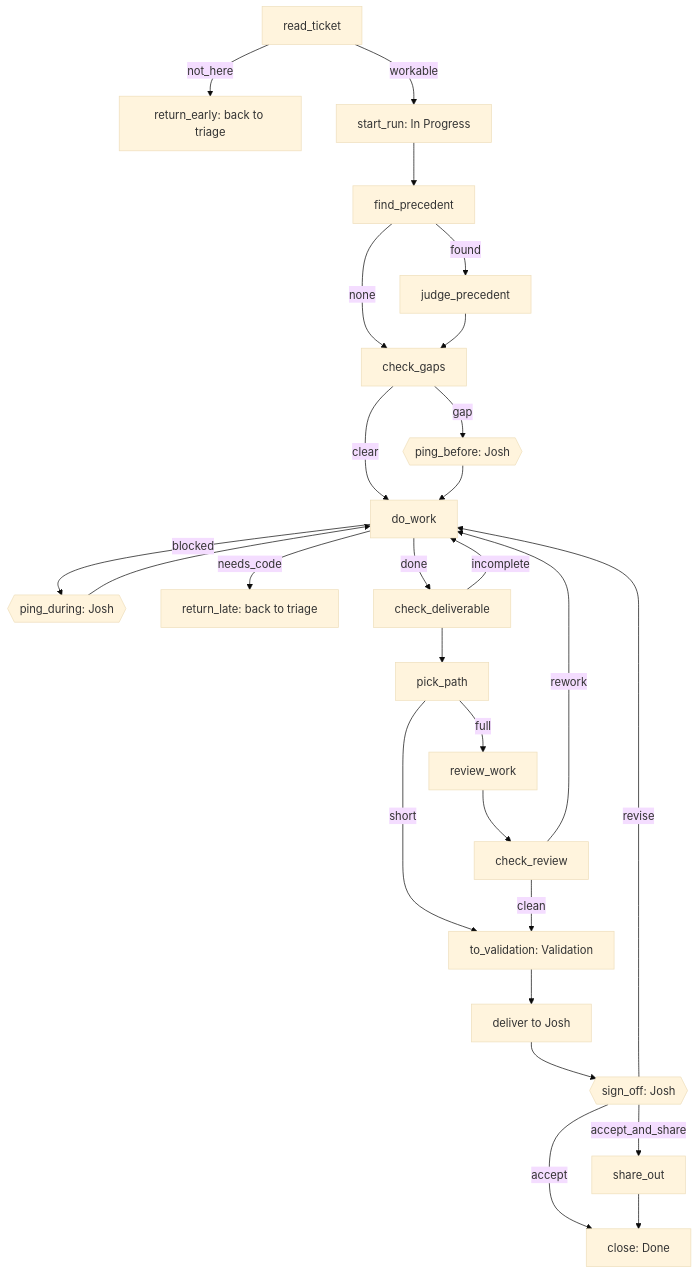
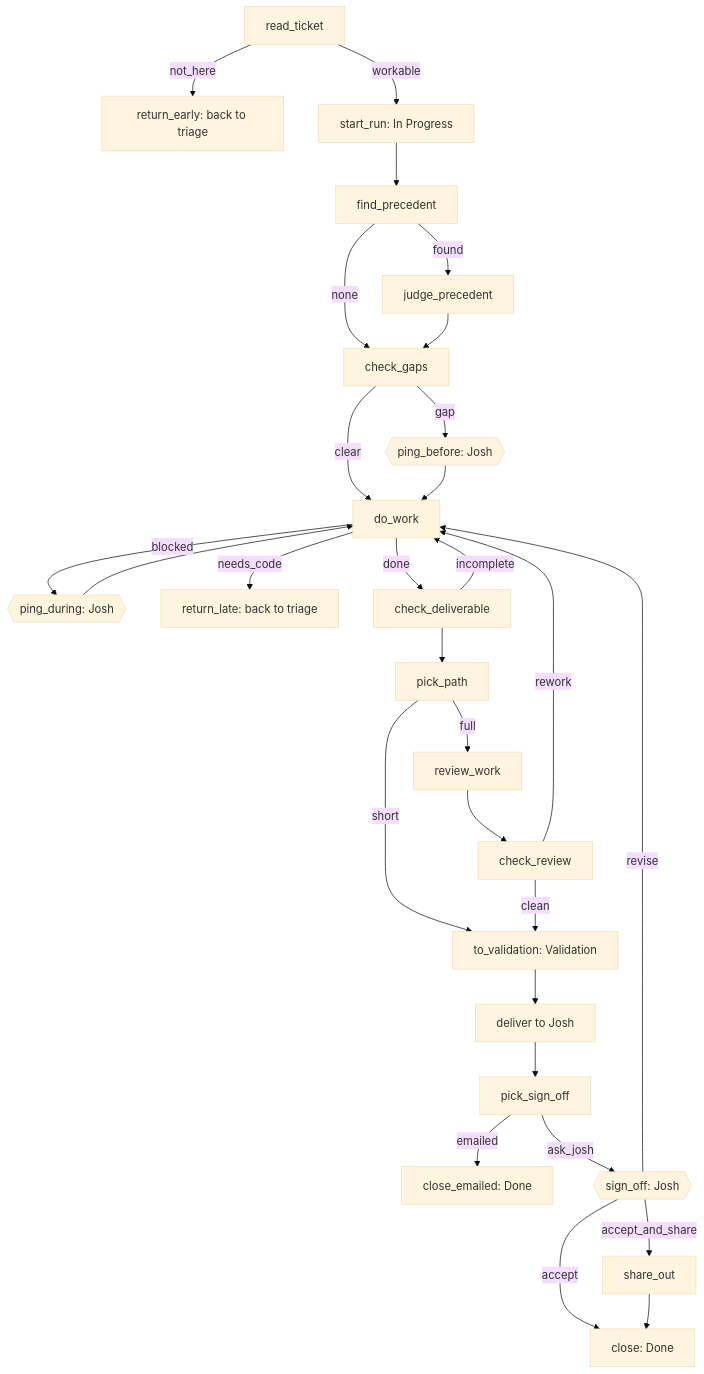
Before and after one commit to joshgilpatrick/josh-360: the second of 2 diagrams in docs/design/non-development-graph.md, drawn with Mermaid (base theme). The commit also changed other lines of this file, not shown here.

First line of the commit message:
JP-104: Write Josh's answers to both design questions into the spec

````diff
--- a/docs/design/non-development-graph.md
+++ b/docs/design/non-development-graph.md
@@ -74,28 +74,30 @@
 ```mermaid
 flowchart TD
   R[read_ticket] -->|not_here| X1[return_early: back to triage]
   R -->|workable| S[start_run: In Progress]
   S --> FP[find_precedent]
   FP -->|found| JP[judge_precedent]
   FP -->|none| G
   JP --> G[check_gaps]
   G -->|gap| P1{{ping_before: Josh}}
   G -->|clear| W
   P1 --> W[do_work]
   W -->|blocked| P2{{ping_during: Josh}}
   P2 --> W
   W -->|needs_code| X2[return_late: back to triage]
   W -->|done| CD[check_deliverable]
   CD -->|incomplete| W
   CD --> PP[pick_path]
   PP -->|full| RV[review_work] --> CR[check_review]
   CR -->|rework| W
   PP -->|short| V
   CR -->|clean| V[to_validation: Validation]
   V --> DL[deliver to Josh]
-  DL --> SO{{sign_off: Josh}}
+  DL --> PS[pick_sign_off]
+  PS -->|emailed| CE[close_emailed: Done]
+  PS -->|ask_josh| SO{{sign_off: Josh}}
   SO -->|revise| W
   SO -->|accept_and_share| SH[share_out]
   SO -->|accept| CL
   SH --> CL[close: Done]
 ```
````
